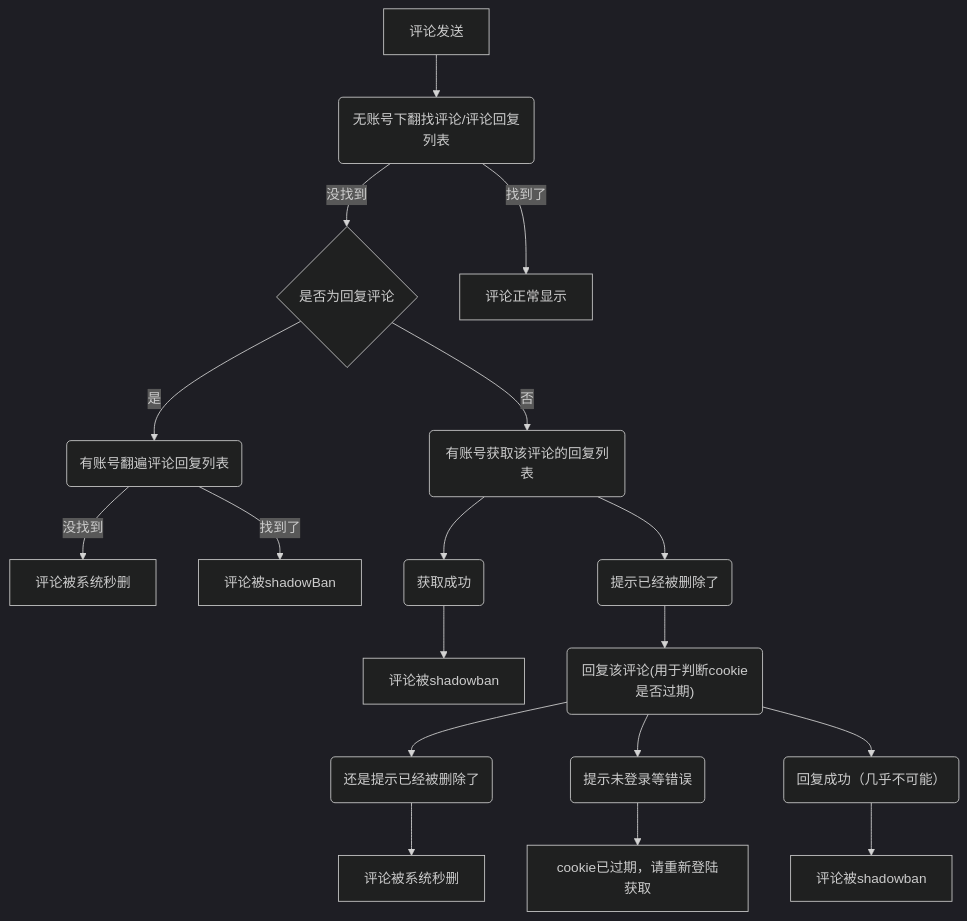
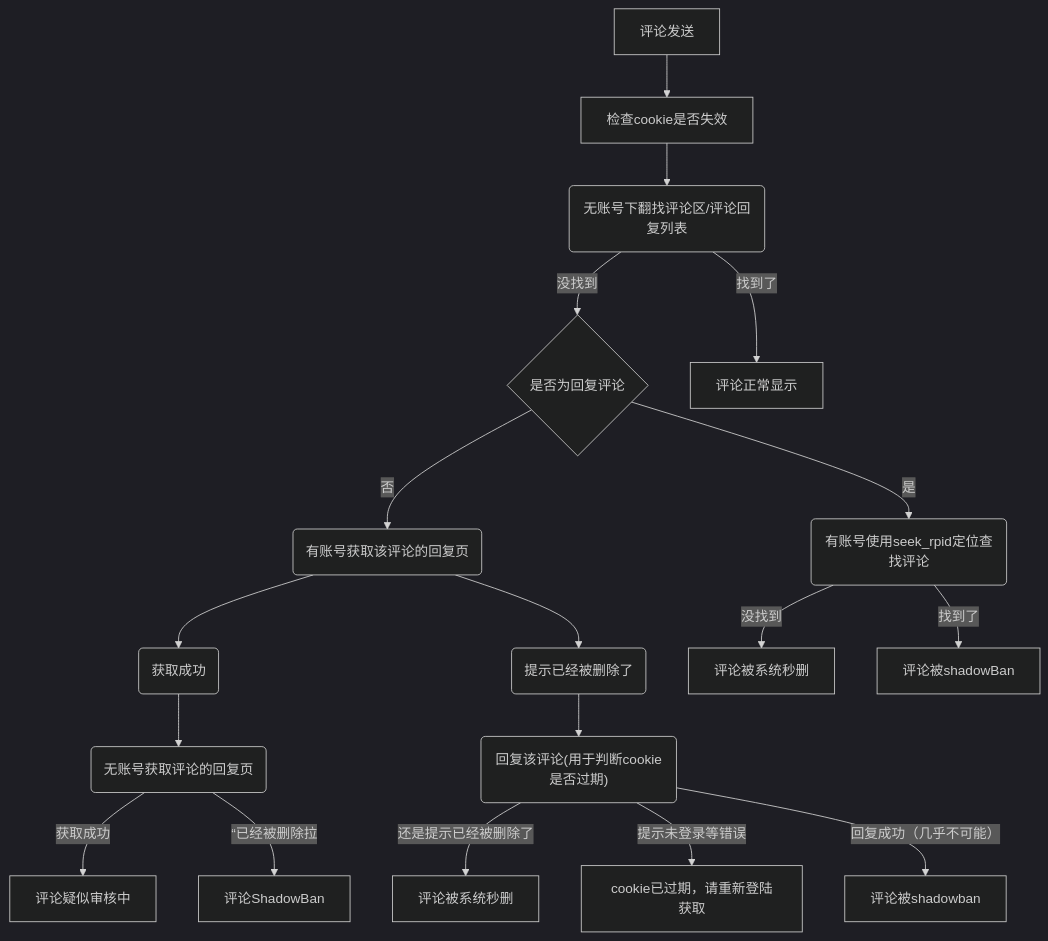
Before and after one commit to boli0301/bili.libre.commit: the second of 5 diagrams in README.md, drawn with Mermaid (dark theme). The commit also changed other lines of this file and 121 other files, not shown here.

````diff
--- a/README.md
+++ b/README.md
@@ -50,14 +63,16 @@
 ```mermaid
 graph TB
-    10[评论发送] --> 20(无账号下翻找评论/评论回复列表)
+    10[评论发送] --> 15[检查cookie是否失效] --> 20(无账号下翻找评论区/评论回复列表)
     20 --找到了--> 400[评论正常显示]
     20 --没找到 --> 
     22{是否为回复评论} 
-    22 --否--> 60(有账号获取该评论的回复列表) --> 70(获取成功) --> 80[评论被shadowban]
-    22 --是--> 50(有账号翻遍评论回复列表) --没找到--> 52[评论被系统秒删]
-    50 --找到了--> 54[评论被shadowBan]
-    60 --> 90(提示已经被删除了) --> 100("回复该评论(用于判断cookie是否过期)") --> 110(还是提示已经被删除了) --> 105[评论被系统秒删]
-    100 --> 120(提示未登录等错误) --> 130["cookie已过期，请重新登陆获取"]
-    100 --> 140("回复成功（几乎不可能）") --> 150[评论被shadowban]
+    22 --否--> 60(有账号获取该评论的回复页) --> 70(获取成功) --> 80(无账号获取评论的回复页) 
+    80 --获取成功--> 82[评论疑似审核中]
+    80 --"“已经被删除拉"--> 84[评论ShadowBan]
+    22 --是--> 50(有账号使用seek_rpid定位查找评论) --没找到--> 200[评论被系统秒删]
+    50 --找到了--> 210[评论被shadowBan]
+    60 --> 90(提示已经被删除了) --> 100("回复该评论(用于判断cookie是否过期)") --还是提示已经被删除了--> 105[评论被系统秒删]
+    100 --提示未登录等错误--> 130["cookie已过期，请重新登陆获取"]
+    100 --"回复成功（几乎不可能）"--> 150[评论被shadowban] 
     
 ```
````
